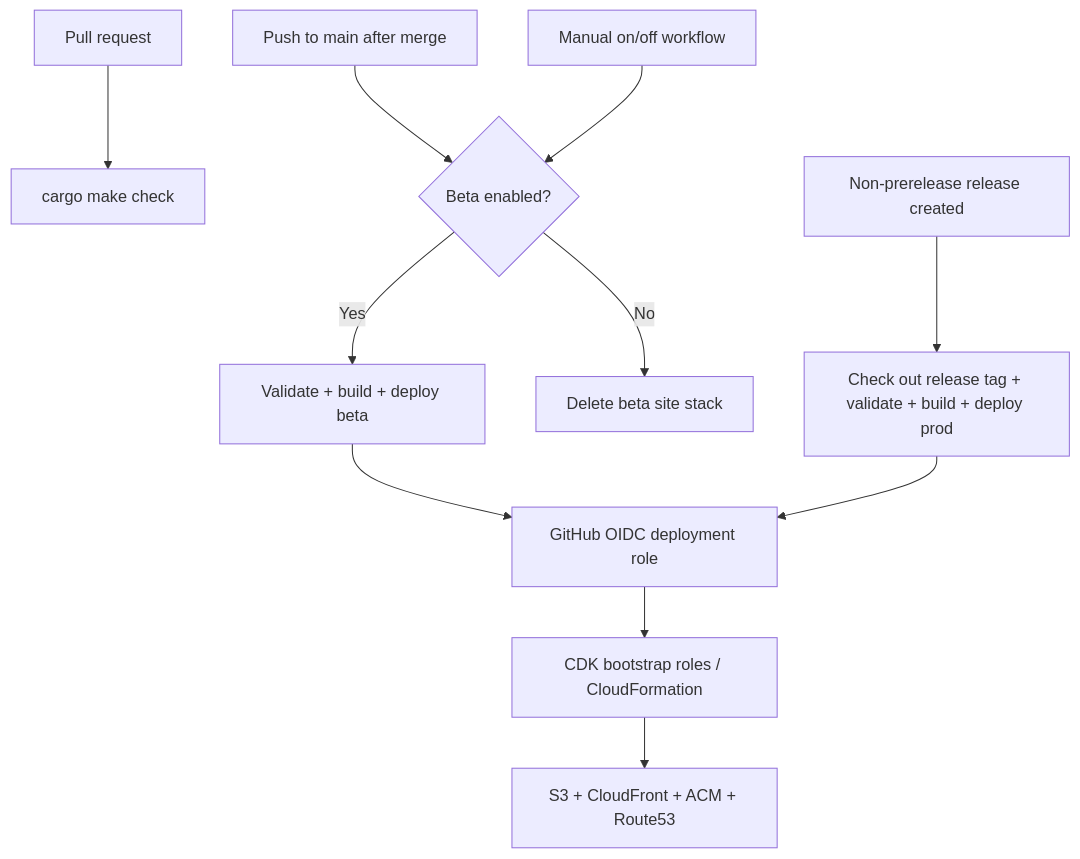
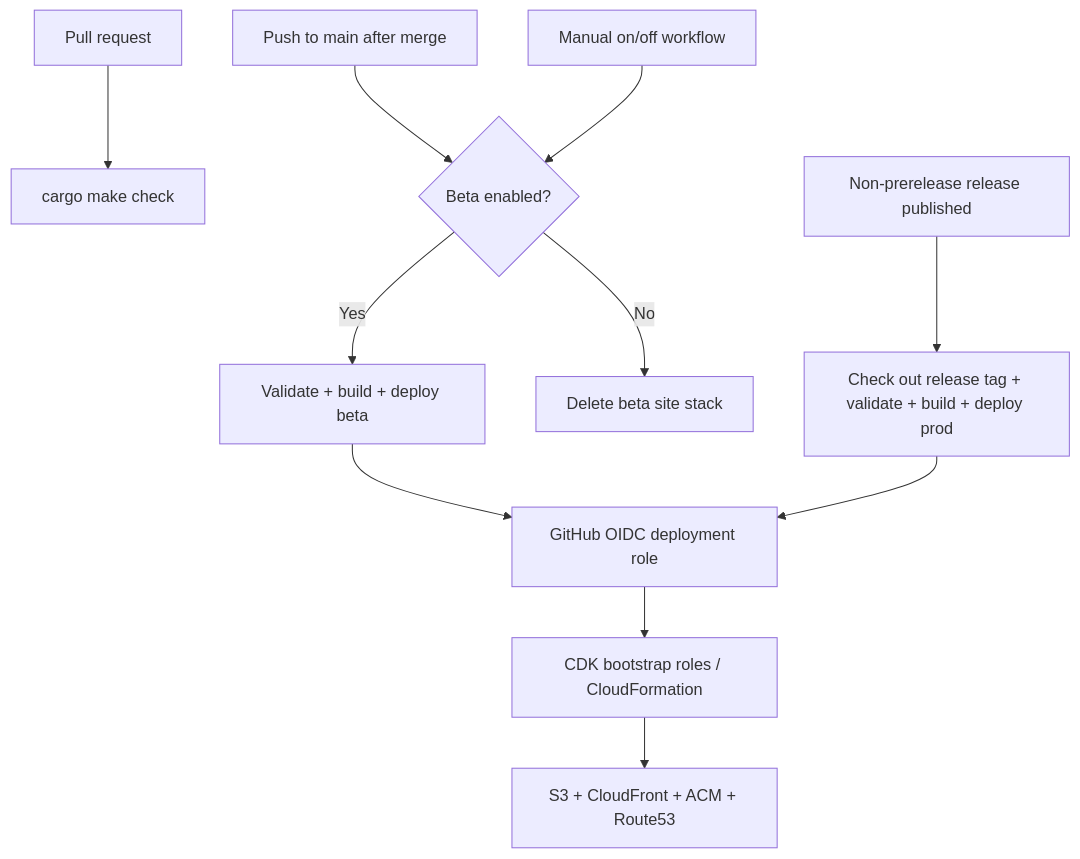
Before and after one commit to polis-interactive/linktree: the second of 2 diagrams in docs/architecture.md, drawn with Mermaid. The commit also changed other lines of this file and 9 other files, not shown here.

Commit message:
Deploy prod (#13)

````diff
--- a/docs/architecture.md
+++ b/docs/architecture.md
@@ -49,13 +49,13 @@
 ```mermaid
 flowchart TD
     PR[Pull request] --> Check[cargo make check]
     Main[Push to main after merge] --> State{Beta enabled?}
     Toggle[Manual on/off workflow] --> State
     State -->|Yes| Beta[Validate + build + deploy beta]
     State -->|No| Remove[Delete beta site stack]
-    Release[Non-prerelease release created] --> Prod[Check out release tag + validate + build + deploy prod]
+    Release[Non-prerelease release published] --> Prod[Check out release tag + validate + build + deploy prod]
     Beta --> OIDC[GitHub OIDC deployment role]
     Prod --> OIDC
     OIDC --> CDK[CDK bootstrap roles / CloudFormation]
     CDK --> Hosting[S3 + CloudFront + ACM + Route53]
 ```
````
